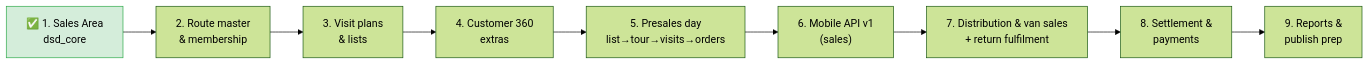
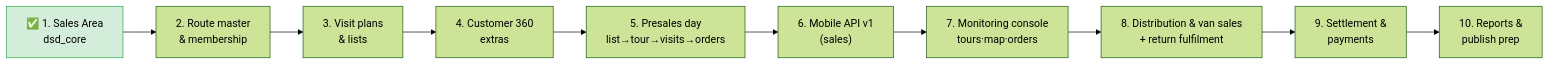
The diagram in docs/issues/01-implementation-plan.md (omidcsh/odoo-dsd), drawn with Mermaid (forest theme) before and after one commit. The commit also changed other lines of this file and 3 other files, not shown here.

Commit message:
docs: monitoring console = new step 7 (user directive); distribution->8, settlement->9, reports->10; ReferenceInvoice promoted into API v1 (#7)

````diff
--- a/docs/issues/01-implementation-plan.md
+++ b/docs/issues/01-implementation-plan.md
@@ -56,14 +56,15 @@
 ```mermaid
 flowchart LR
     S1["✅ 1. Sales Area<br/>dsd_core"]
     S2["2. Route master<br/>& membership"]
     S3["3. Visit plans<br/>& lists"]
     S4["4. Customer 360<br/>extras"]
     S5["5. Presales day<br/>list→tour→visits→orders"]
     S6["6. Mobile API v1<br/>(sales)"]
-    S7["7. Distribution & van sales<br/>+ return fulfilment"]
-    S8["8. Settlement &<br/>payments"]
-    S9["9. Reports &<br/>publish prep"]
-    S1 --> S2 --> S3 --> S4 --> S5 --> S6 --> S7 --> S8 --> S9
+    S7["7. Monitoring console<br/>tours·map·orders"]
+    S8["8. Distribution & van sales<br/>+ return fulfilment"]
+    S9["9. Settlement &<br/>payments"]
+    S10["10. Reports &<br/>publish prep"]
+    S1 --> S2 --> S3 --> S4 --> S5 --> S6 --> S7 --> S8 --> S9 --> S10
     style S1 fill:#d4edda,stroke:#28a745
 ```
````
